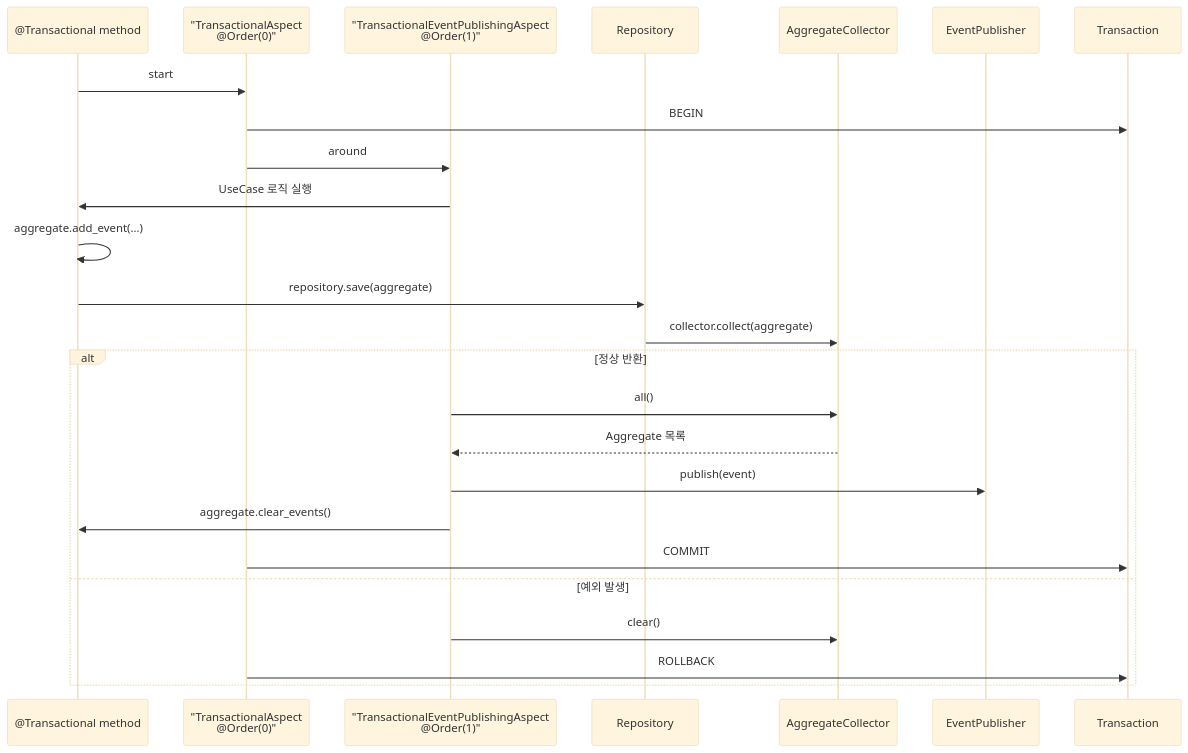
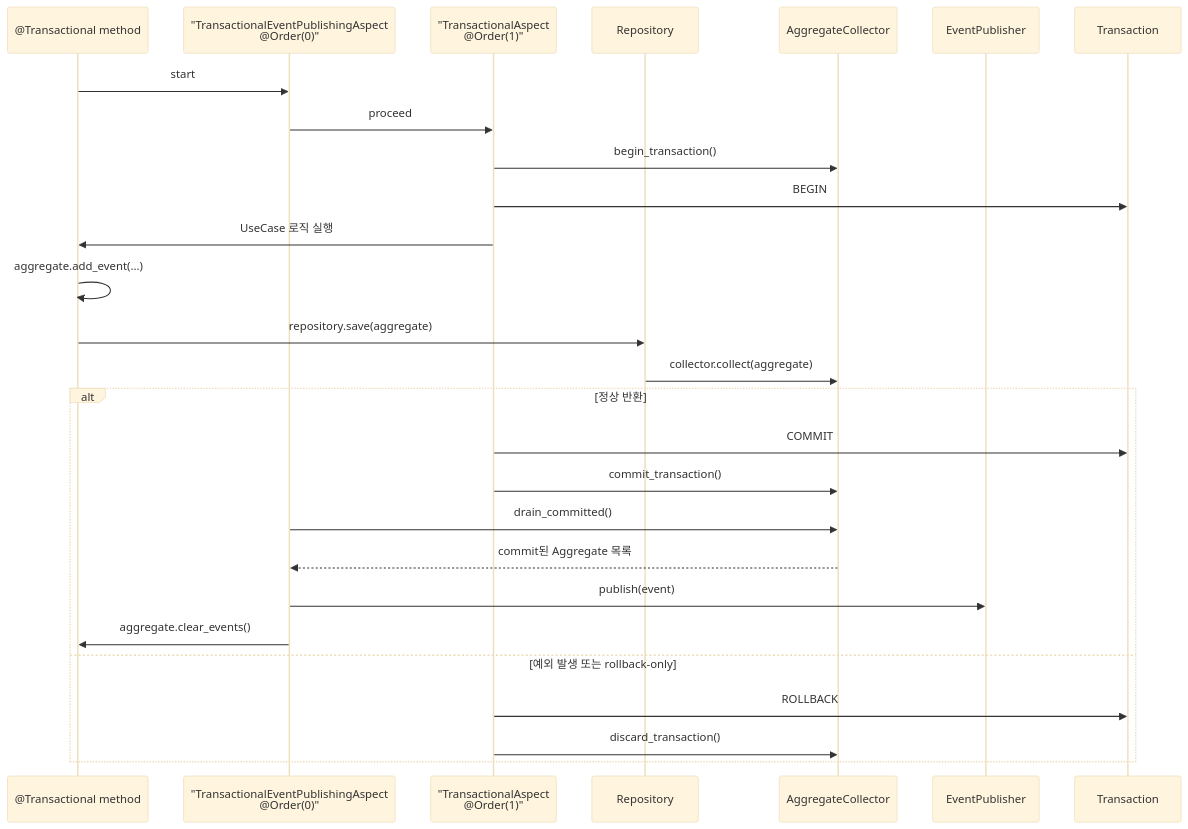
One commit to E5presso/spakky-framework changed the tenth of 14 diagrams in ARCHITECTURE.md. Above: the diagram before and after it, drawn with Mermaid (base theme). The commit also changed other lines of this file and 29 other files, not shown here.

````diff
--- a/ARCHITECTURE.md
+++ b/ARCHITECTURE.md
@@ -996,29 +1015,31 @@
 ```mermaid
 sequenceDiagram
     participant U as @Transactional method
-    participant TA as "TransactionalAspect<br/>@Order(0)"
-    participant EA as "TransactionalEventPublishingAspect<br/>@Order(1)"
+    participant EA as "TransactionalEventPublishingAspect<br/>@Order(0)"
+    participant TA as "TransactionalAspect<br/>@Order(1)"
     participant R as Repository
     participant C as AggregateCollector
     participant P as EventPublisher
     participant DB as Transaction
 
-    U->>TA: start
+    U->>EA: start
+    EA->>TA: proceed
+    TA->>C: begin_transaction()
     TA->>DB: BEGIN
-    TA->>EA: around
-    EA->>U: UseCase 로직 실행
+    TA->>U: UseCase 로직 실행
     U->>U: aggregate.add_event(...)
     U->>R: repository.save(aggregate)
     R->>C: collector.collect(aggregate)
 
     alt 정상 반환
-        EA->>C: all()
-        C-->>EA: Aggregate 목록
+        TA->>DB: COMMIT
+        TA->>C: commit_transaction()
+        EA->>C: drain_committed()
+        C-->>EA: commit된 Aggregate 목록
         EA->>P: publish(event)
         EA->>U: aggregate.clear_events()
-        TA->>DB: COMMIT
-    else 예외 발생
-        EA->>C: clear()
+    else 예외 발생 또는 rollback-only
         TA->>DB: ROLLBACK
+        TA->>C: discard_transaction()
     end
 ```
````
